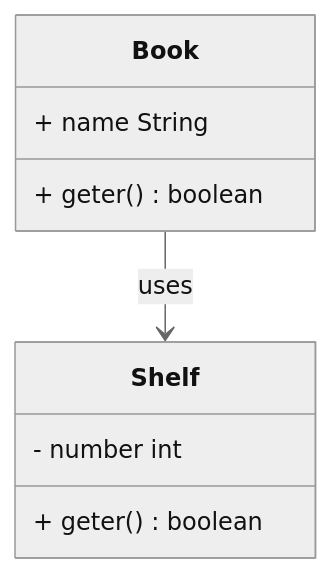
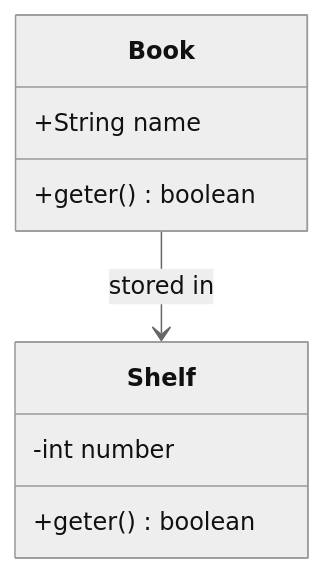
One commit to AFNabavi/APProject changed the diagram in README.md. Above: the diagram before and after it, drawn with Mermaid (neutral theme).

Commit message:
Testing mermaid 2

````diff
--- a/README.md
+++ b/README.md
@@ -6,14 +6,14 @@
 ```mermaid
 classDiagram
     class Book {
-        + name String
-        + geter() boolean
+        +String name
+        +geter() boolean
     }
 
     class Shelf {
-        - number int
-        + geter() boolean
+        -int number
+        +geter() boolean
     }
 
-    Book --> Shelf: uses
+    Book --> Shelf : stored in
 ```
````
